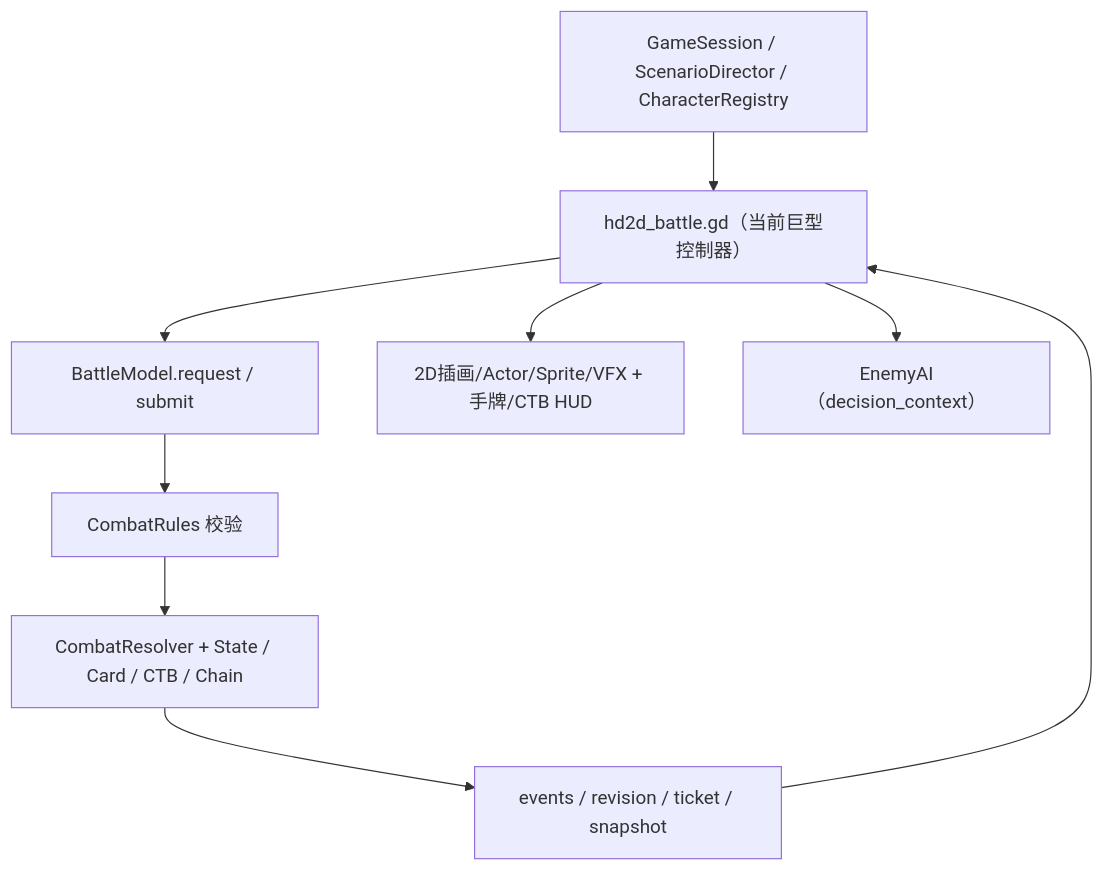
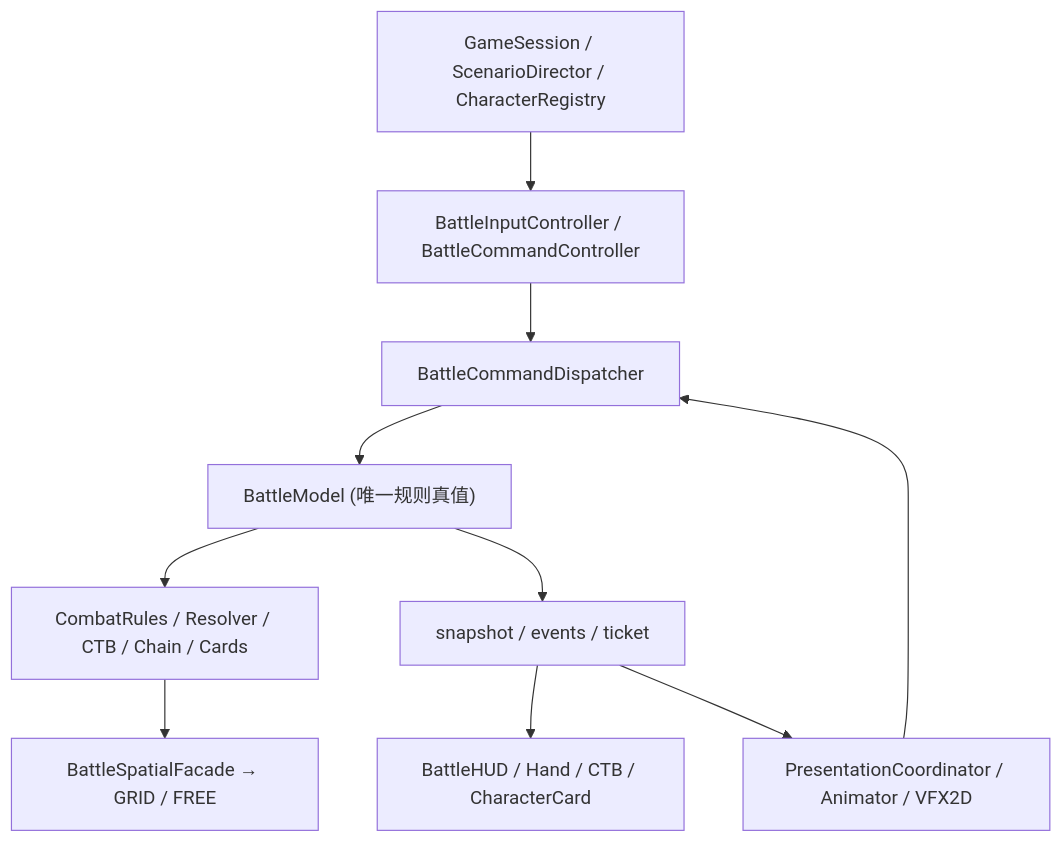
The diagram in demos/changfeng-battle/docs/ARCHITECTURE.md (yup-21/game-dev), drawn with Mermaid before and after one commit. The commit also changed other lines of this file and 12 other files, not shown here.

````diff
--- a/demos/changfeng-battle/docs/ARCHITECTURE.md
+++ b/demos/changfeng-battle/docs/ARCHITECTURE.md
@@ -15,11 +8,12 @@
 ```mermaid
 flowchart TD
-    A["GameSession / ScenarioDirector / CharacterRegistry"] --> B["hd2d_battle.gd（当前巨型控制器）"]
-    B --> C["BattleModel.request / submit"]
-    C --> D["CombatRules 校验"]
-    D --> E["CombatResolver + State / Card / CTB / Chain"]
-    E --> F["events / revision / ticket / snapshot"]
-    F --> B
-    B --> G["2D插画/Actor/Sprite/VFX + 手牌/CTB HUD"]
-    B --> H["EnemyAI（decision_context）"]
+    A["GameSession / ScenarioDirector / CharacterRegistry"] --> B["BattleInputController / BattleCommandController"]
+    B --> C["BattleCommandDispatcher"]
+    C --> D["BattleModel (唯一规则真值)"]
+    D --> E["CombatRules / Resolver / CTB / Chain / Cards"]
+    E --> F["BattleSpatialFacade → GRID / FREE"]
+    D --> G["snapshot / events / ticket"]
+    G --> H["BattleHUD / Hand / CTB / CharacterCard"]
+    G --> I["PresentationCoordinator / Animator / VFX2D"]
+    I --> C
 ```
````
